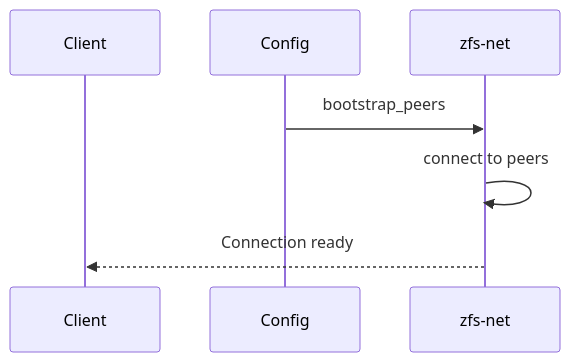
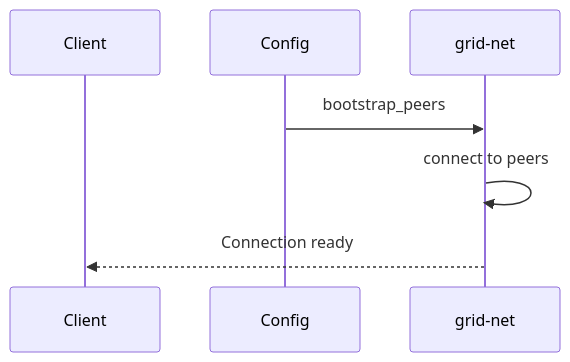
Before and after one commit to mightypex2-ux/the-grid: the third of 3 diagrams in docs/spec/v0.1.0/12-protocol.md, drawn with Mermaid. The commit also changed other lines of this file and 187 other files, not shown here.

First line of the commit message:
Rename ZFS to THE GRID and bump to v0.2.0

````diff
--- a/docs/spec/v0.1.0/12-protocol.md
+++ b/docs/spec/v0.1.0/12-protocol.md
@@ -161,9 +161,9 @@
 ```mermaid
 sequenceDiagram
     participant C as Client
     participant Config as Config
-    participant Net as zfs-net
+    participant Net as grid-net
     Config->>Net: bootstrap_peers
     Net->>Net: connect to peers
     Net-->>C: Connection ready
 ```
````
